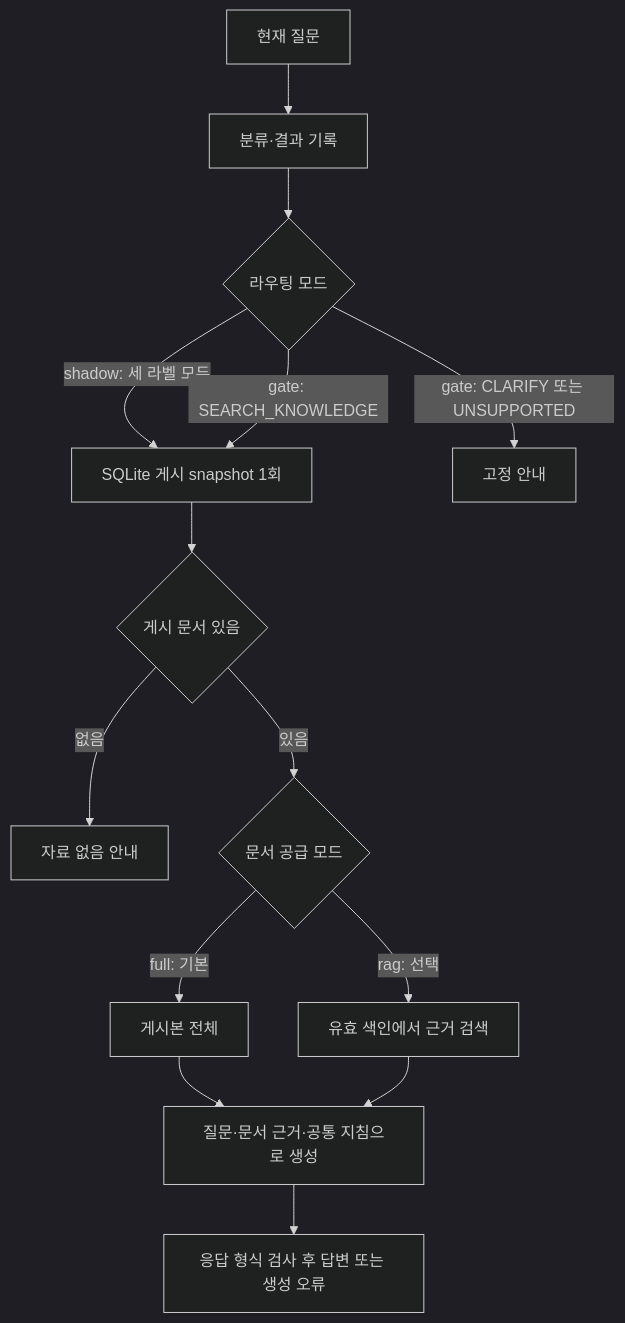
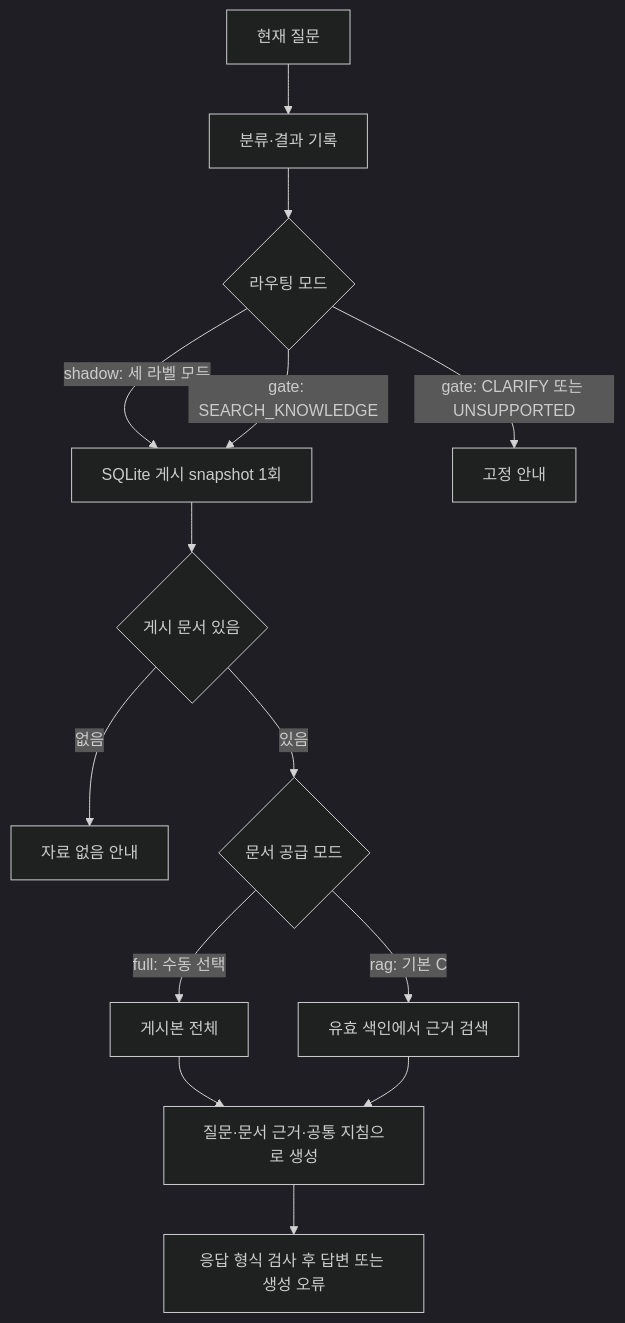
The diagram in docs/service-architecture.md (KANT-2nd-project/sanaebi), drawn with Mermaid (dark theme) before and after one commit. The commit also changed other lines of this file and 55 other files, not shown here.

````diff
--- a/docs/service-architecture.md
+++ b/docs/service-architecture.md
@@ -43,16 +43,16 @@
 ```mermaid
 flowchart TD
     Q["현재 질문"] --> C["분류·결과 기록"]
     C --> M{"라우팅 모드"}
     M -->|"shadow: 세 라벨 모두"| D["SQLite 게시 snapshot 1회"]
     M -->|"gate: SEARCH_KNOWLEDGE"| D
     M -->|"gate: CLARIFY 또는 UNSUPPORTED"| G["고정 안내"]
     D --> V{"게시 문서 있음"}
     V -->|"없음"| N["자료 없음 안내"]
     V -->|"있음"| R{"문서 공급 모드"}
-    R -->|"full: 기본"| F["게시본 전체"]
-    R -->|"rag: 선택"| S["유효 색인에서 근거 검색"]
+    R -->|"full: 수동 선택"| F["게시본 전체"]
+    R -->|"rag: 기본 C"| S["유효 색인에서 근거 검색"]
     F --> L["질문·문서 근거·공통 지침으로 생성"]
     S --> L
     L --> A["응답 형식 검사 후 답변 또는 생성 오류"]
 ```
````
